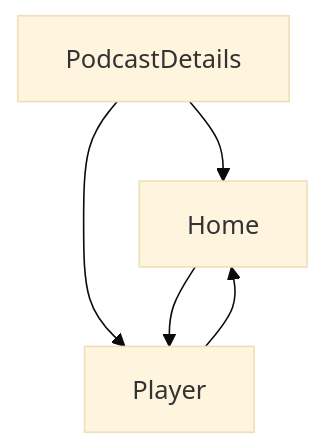
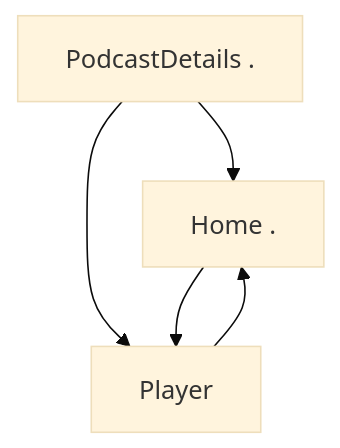
One commit to JetBrains/kotlin-multiplatform-dev-docs changed the second of 2 diagrams in topics/migrate-from-android.md. Above: the diagram before and after it, drawn with Mermaid (base theme). The commit also changed other lines of this file, not shown here.

Commit message:
fix: testing mermaid

````diff
--- a/topics/migrate-from-android.md
+++ b/topics/migrate-from-android.md
@@ -326,44 +326,44 @@
 ```mermaid
 ---
 config:
   labelBackground: '#ded'
 ---
 flowchart TB
   %% Nodes (plain labels, no quotes/parentheses/braces)
-  %% Start[Start]
-  Home[Home]
+  %% Start[Start .]
+  Home[Home .]
   Player[Player]
-  PodcastDetailsRoute[PodcastDetails]
+  PodcastDetailsRoute[PodcastDetails .]
   %% DeepLinkEpisodes[Deep link to player]
   %% DeepLinkPodcasts[Deep link to podcast]
 
   %% Home’s supporting pane represented as a subgraph
   %% subgraph HomeSupportingPane
     %% direction LR
     %% HomeMain[Home main content]
     %% PodcastDetailsPane[PodcastDetails in supporting pane]
   %% end
 
   %% Start and primary navigation
   %% Start --> Home
 
   %% Home main actions
   Home --> Player
   %% Home -->|Select podcast| PodcastDetailsPane
 
   %% From PodcastDetails (supporting pane) actions
   %% PodcastDetailsPane --> Player
   %% PodcastDetailsPane --> Home
 
   %% Standalone routes (deep links)
   %% DeepLinkEpisodes --> Player
   %% DeepLinkPodcasts --> PodcastDetailsRoute
 
   %% From standalone PodcastDetails route
   PodcastDetailsRoute --> Player
   PodcastDetailsRoute --> Home
 
   %% Back behavior from Player (returns to previous context)
   Player --> Home
   %% Player -->|Back| PodcastDetailsPane
 ```
````
